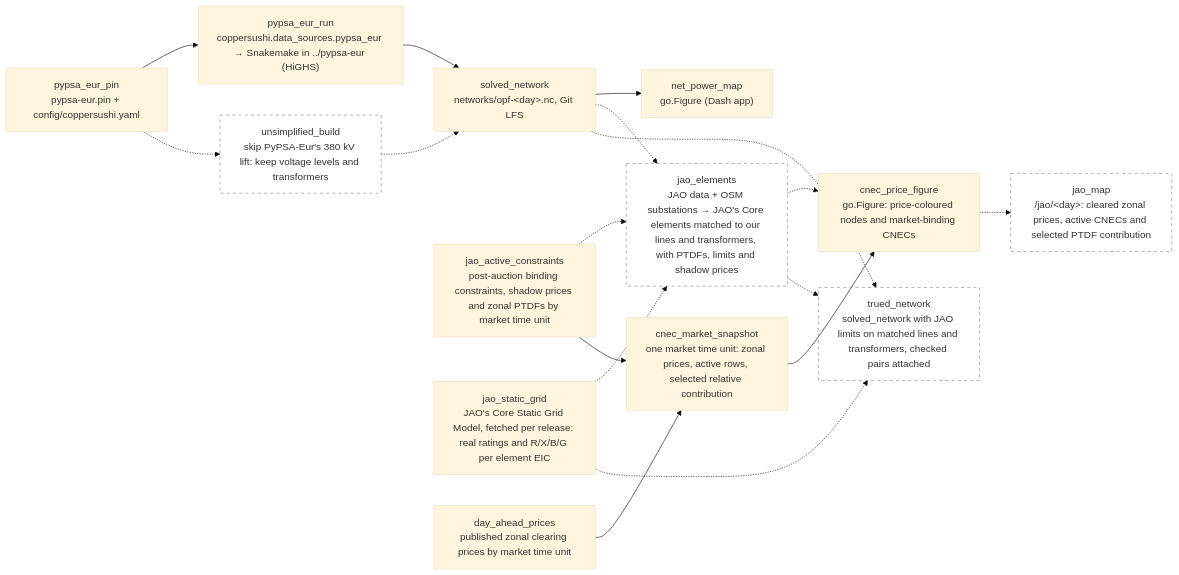
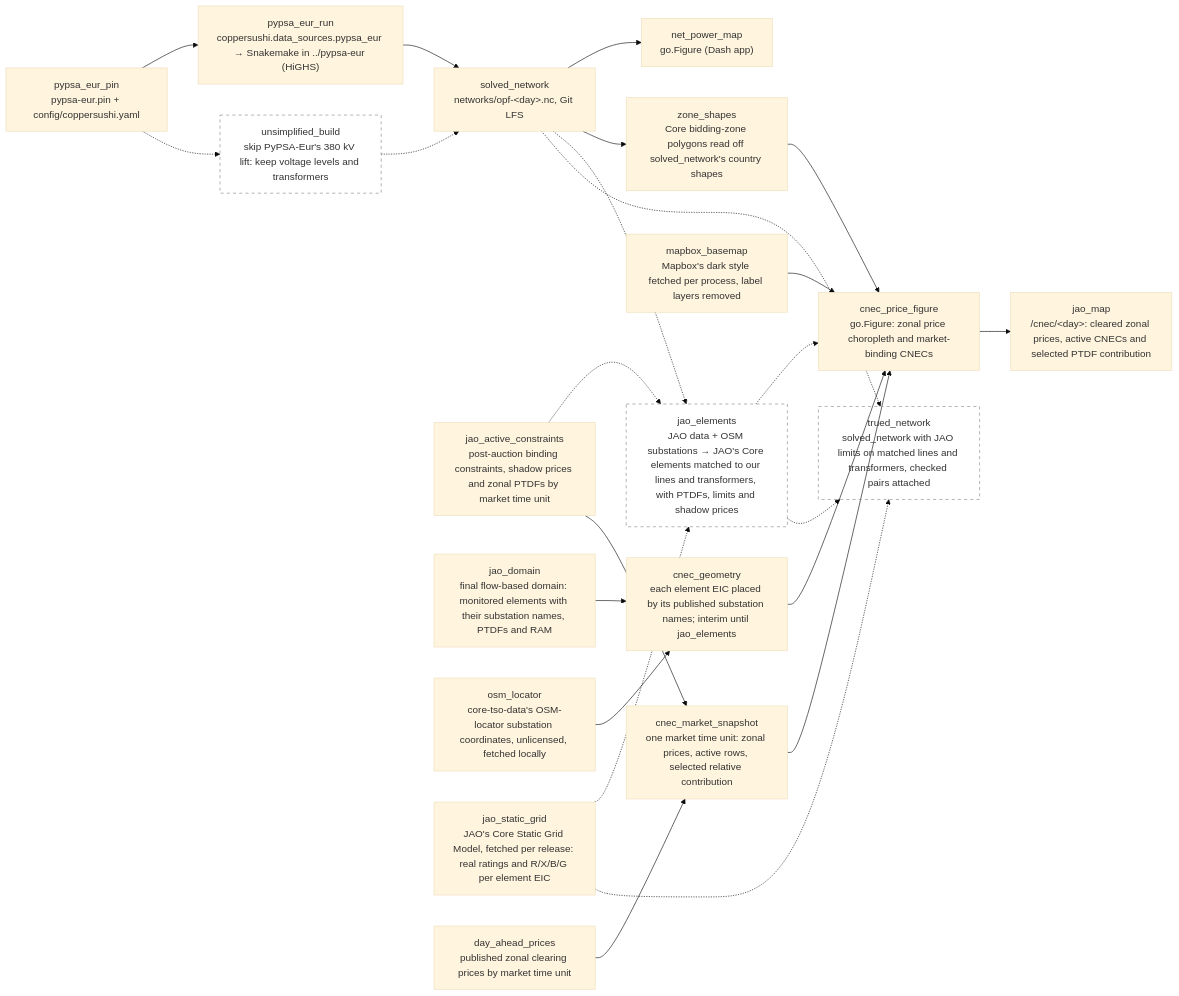
The diagram in wiki/sushi-2.md (zoltanmaric/coppersushi), drawn with Mermaid (base theme) before and after one commit. The commit also changed 9 other files, not shown here.

First line of the commit message:
Draw the CNEC map on Mapbox's dark style without its labels

````diff
--- a/wiki/sushi-2.md
+++ b/wiki/sushi-2.md
@@ -16,38 +16,49 @@
 ```mermaid
 flowchart LR
     classDef planned stroke-dasharray: 5 5,stroke:#888,fill:none
 
     net_power_map["net_power_map<br/>go.Figure (Dash app)"]
 
     pypsa_eur_pin["pypsa_eur_pin<br/>pypsa-eur.pin + config/coppersushi.yaml"]
     pypsa_eur_run["pypsa_eur_run<br/>coppersushi.data_sources.pypsa_eur → Snakemake in ../pypsa-eur (HiGHS)"]
     solved_network["solved_network<br/>networks/opf-&lt;day&gt;.nc, Git LFS"]
     jao_active_constraints["jao_active_constraints<br/>post-auction binding constraints, shadow prices and zonal PTDFs by market time unit"]
+    jao_domain["jao_domain<br/>final flow-based domain: monitored elements with their substation names, PTDFs and RAM"]
+    osm_locator["osm_locator<br/>core-tso-data's OSM-locator substation coordinates, unlicensed, fetched locally"]
+    cnec_geometry["cnec_geometry<br/>each element EIC placed by its published substation names; interim until jao_elements"]
+    zone_shapes["zone_shapes<br/>Core bidding-zone polygons read off solved_network's country shapes"]
+    mapbox_basemap["mapbox_basemap<br/>Mapbox's dark style fetched per process, label layers removed"]
 
     jao_static_grid["jao_static_grid<br/>JAO's Core Static Grid Model, fetched per release: real ratings and R/X/B/G per element EIC"]
 
     unsimplified["unsimplified_build<br/>skip PyPSA-Eur's 380 kV lift: keep voltage levels and transformers"]:::planned
     jao_elements["jao_elements<br/>JAO data + OSM substations → JAO's Core elements matched to our lines and transformers, with PTDFs, limits and shadow prices"]:::planned
     day_ahead_prices["day_ahead_prices<br/>published zonal clearing prices by market time unit"]
     cnec_market_snapshot["cnec_market_snapshot<br/>one market time unit: zonal prices, active rows, selected relative contribution"]
-    cnec_price_figure["cnec_price_figure<br/>go.Figure: price-coloured nodes and market-binding CNECs"]
-    jao_map["jao_map<br/>/jao/&lt;day&gt;: cleared zonal prices, active CNECs and selected PTDF contribution"]:::planned
+    cnec_price_figure["cnec_price_figure<br/>go.Figure: zonal price choropleth and market-binding CNECs"]
+    jao_map["jao_map<br/>/cnec/&lt;day&gt;: cleared zonal prices, active CNECs and selected PTDF contribution"]
     trued_network["trued_network<br/>solved_network with JAO limits on matched lines and transformers, checked pairs attached"]:::planned
 
     pypsa_eur_pin --> pypsa_eur_run
     pypsa_eur_pin -.-> unsimplified
     unsimplified -.-> solved_network
     pypsa_eur_run --> solved_network
     solved_network --> net_power_map
+    solved_network --> zone_shapes
+    zone_shapes --> cnec_price_figure
+    jao_domain --> cnec_geometry
+    osm_locator --> cnec_geometry
+    cnec_geometry --> cnec_price_figure
+    mapbox_basemap --> cnec_price_figure
     solved_network -.-> jao_elements
     jao_static_grid -.-> jao_elements
     jao_static_grid -.-> trued_network
     jao_active_constraints -.-> jao_elements
     jao_active_constraints --> cnec_market_snapshot
     day_ahead_prices --> cnec_market_snapshot
     jao_elements -.-> cnec_price_figure
     cnec_market_snapshot --> cnec_price_figure
-    cnec_price_figure -.-> jao_map
+    cnec_price_figure --> jao_map
     jao_elements -.-> trued_network
     solved_network -.-> trued_network
 ```
````
